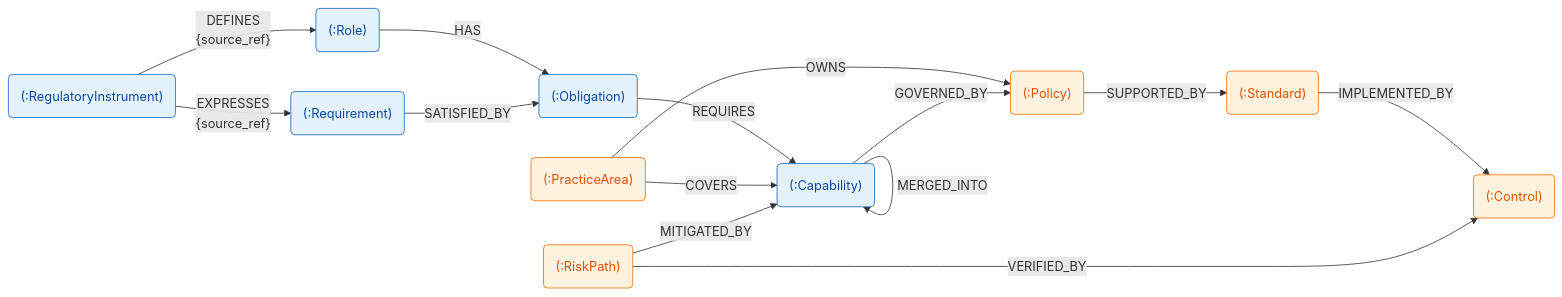
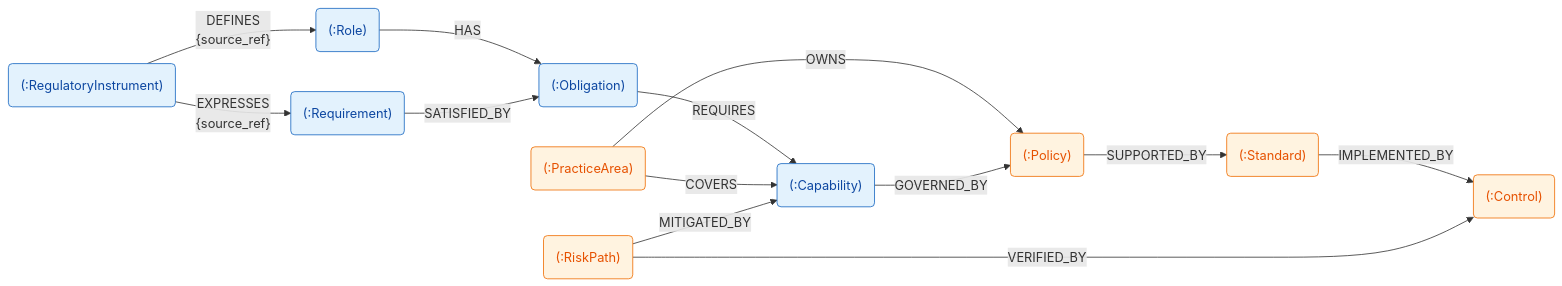
Before and after one commit to mindovermachine-dev/policy-system: the first of 4 diagrams in ps-service/src/ps_service/mcp_interface/ps-domain-concepts.md, drawn with Mermaid. The commit also changed other lines of this file and 125 other files, not shown here.

First line of the commit message:
refactor(company_merge/graph_cleanup): record every merge as a marker and resolve redirects in one place - resolves #347

````diff
--- a/ps-service/src/ps_service/mcp_interface/ps-domain-concepts.md
+++ b/ps-service/src/ps_service/mcp_interface/ps-domain-concepts.md
@@ -80,32 +80,31 @@
 ```mermaid
 graph LR
     RegulatoryInstrument("(:RegulatoryInstrument)")
     Role("(:Role)")
     Requirement("(:Requirement)")
     Obligation("(:Obligation)")
     PracticeArea("(:PracticeArea)")
     RiskPath("(:RiskPath)")
     Capability("(:Capability)")
     Policy("(:Policy)")
     Standard("(:Standard)")
     Control("(:Control)")
 
     RegulatoryInstrument -->|"DEFINES<br/>{source_ref}"| Role
     RegulatoryInstrument -->|"EXPRESSES<br/>{source_ref}"| Requirement
     Role -->|"HAS"| Obligation
     Requirement -->|"SATISFIED_BY"| Obligation
     Obligation -->|"REQUIRES"| Capability
     PracticeArea -->|"COVERS"| Capability
     PracticeArea -->|"OWNS"| Policy
     RiskPath -->|"MITIGATED_BY"| Capability
     Capability -->|"GOVERNED_BY"| Policy
-    Capability -->|"MERGED_INTO"| Capability
     Policy -->|"SUPPORTED_BY"| Standard
     Standard -->|"IMPLEMENTED_BY"| Control
     RiskPath -->|"VERIFIED_BY"| Control
 
     classDef regulatory fill:#E3F2FD,stroke:#1565C0,color:#0D47A1
     classDef governance fill:#FFF3E0,stroke:#EF6C00,color:#E65100
     class RegulatoryInstrument,Role,Requirement,Obligation,Capability regulatory
     class Policy,Standard,Control,PracticeArea,RiskPath governance
 ```
````
